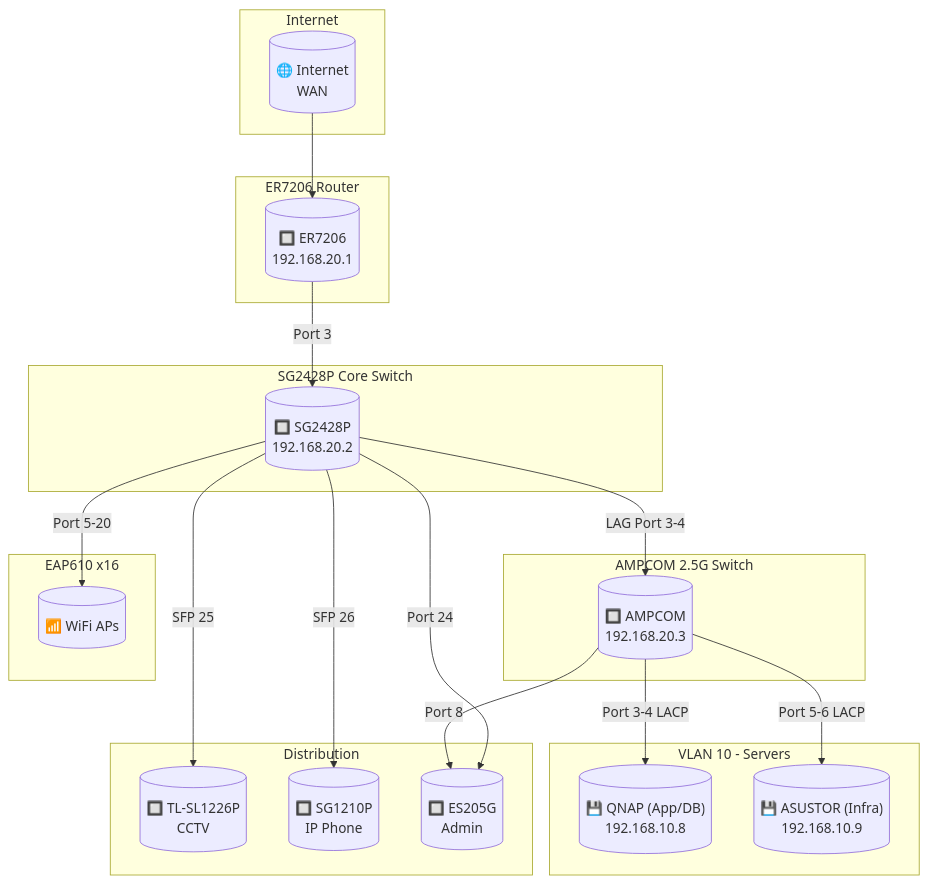
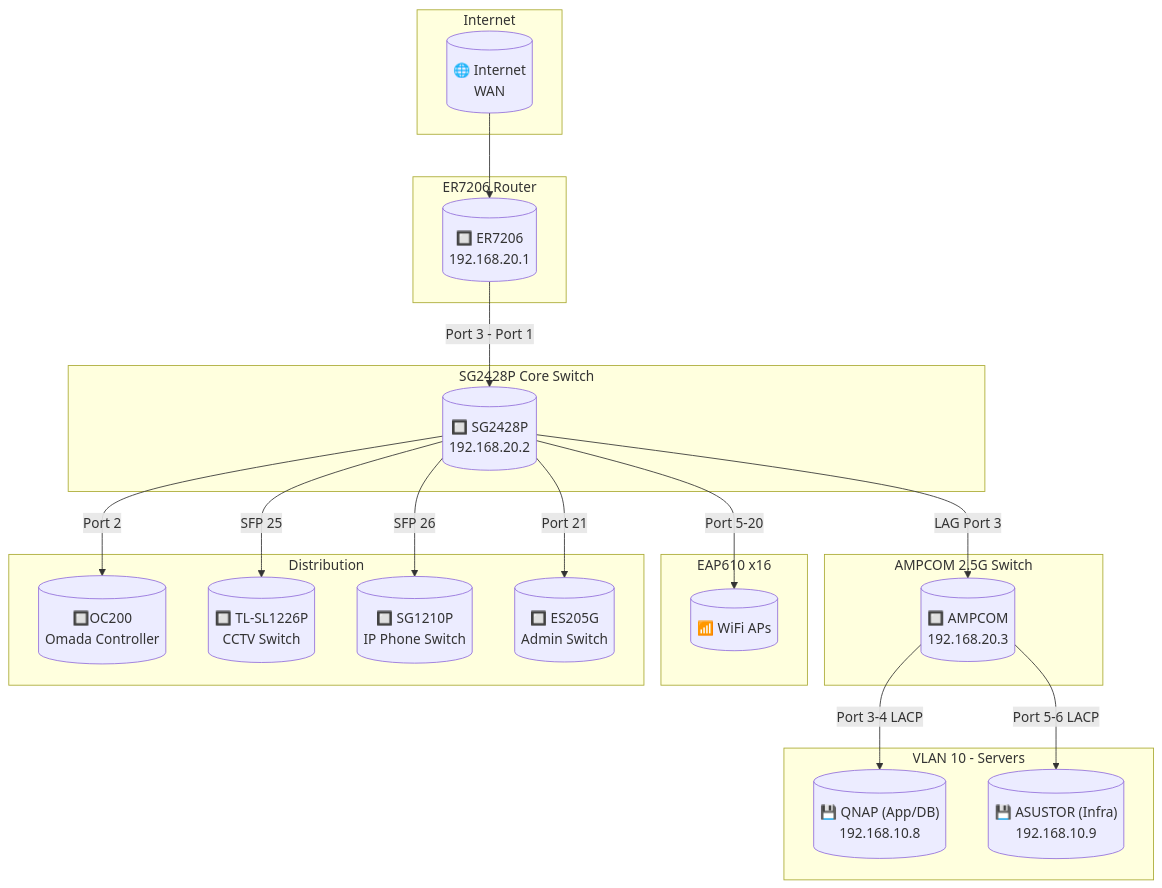
The diagram in specs/08-infrastructure/README.md (peancharoen/lcbp3), drawn with Mermaid before and after one commit. The commit also changed other lines of this file and 9 other files, not shown here.

````diff
--- a/specs/08-infrastructure/README.md
+++ b/specs/08-infrastructure/README.md
@@ -121,44 +122,45 @@
 ```mermaid
 graph TB
     subgraph Internet
         WAN[("🌐 Internet<br/>WAN")]
     end
 
     subgraph Router["ER7206 Router"]
         R[("🔲 ER7206<br/>192.168.20.1")]
     end
 
     subgraph CoreSwitch["SG2428P Core Switch"]
         CS[("🔲 SG2428P<br/>192.168.20.2")]
     end
 
     subgraph ServerSwitch["AMPCOM 2.5G Switch"]
         SS[("🔲 AMPCOM<br/>192.168.20.3")]
     end
 
     subgraph Servers["VLAN 10 - Servers"]
         QNAP[("💾 QNAP (App/DB)<br/>192.168.10.8")]
         ASUSTOR[("💾 ASUSTOR (Infra)<br/>192.168.10.9")]
     end
 
     subgraph AccessPoints["EAP610 x16"]
         AP[("📶 WiFi APs")]
     end
 
     subgraph OtherSwitches["Distribution"]
-        CCTV_SW[("🔲 TL-SL1226P<br/>CCTV")]
-        PHONE_SW[("🔲 SG1210P<br/>IP Phone")]
-        ADMIN_SW[("🔲 ES205G<br/>Admin")]
+        OC200[("🔲OC200<br/>Omada Controller")]
+        CCTV_SW[("🔲 TL-SL1226P<br/>CCTV Switch")]
+        PHONE_SW[("🔲 SG1210P<br/>IP Phone Switch")]
+        ADMIN_SW[("🔲 ES205G<br/>Admin Switch")]
     end
 
     WAN --> R
-    R -->|Port 3| CS
-    CS -->|LAG Port 3-4| SS
+    R -->|Port 3 - Port 1| CS
+    CS -->|LAG Port 3| SS
     SS -->|Port 3-4 LACP| QNAP
     SS -->|Port 5-6 LACP| ASUSTOR
-    SS -->|Port 8| ADMIN_SW
     CS -->|Port 5-20| AP
+    CS -->|Port 2| OC200
     CS -->|SFP 25| CCTV_SW
     CS -->|SFP 26| PHONE_SW
-    CS -->|Port 24| ADMIN_SW
+    CS -->|Port 21| ADMIN_SW
 ```
````
